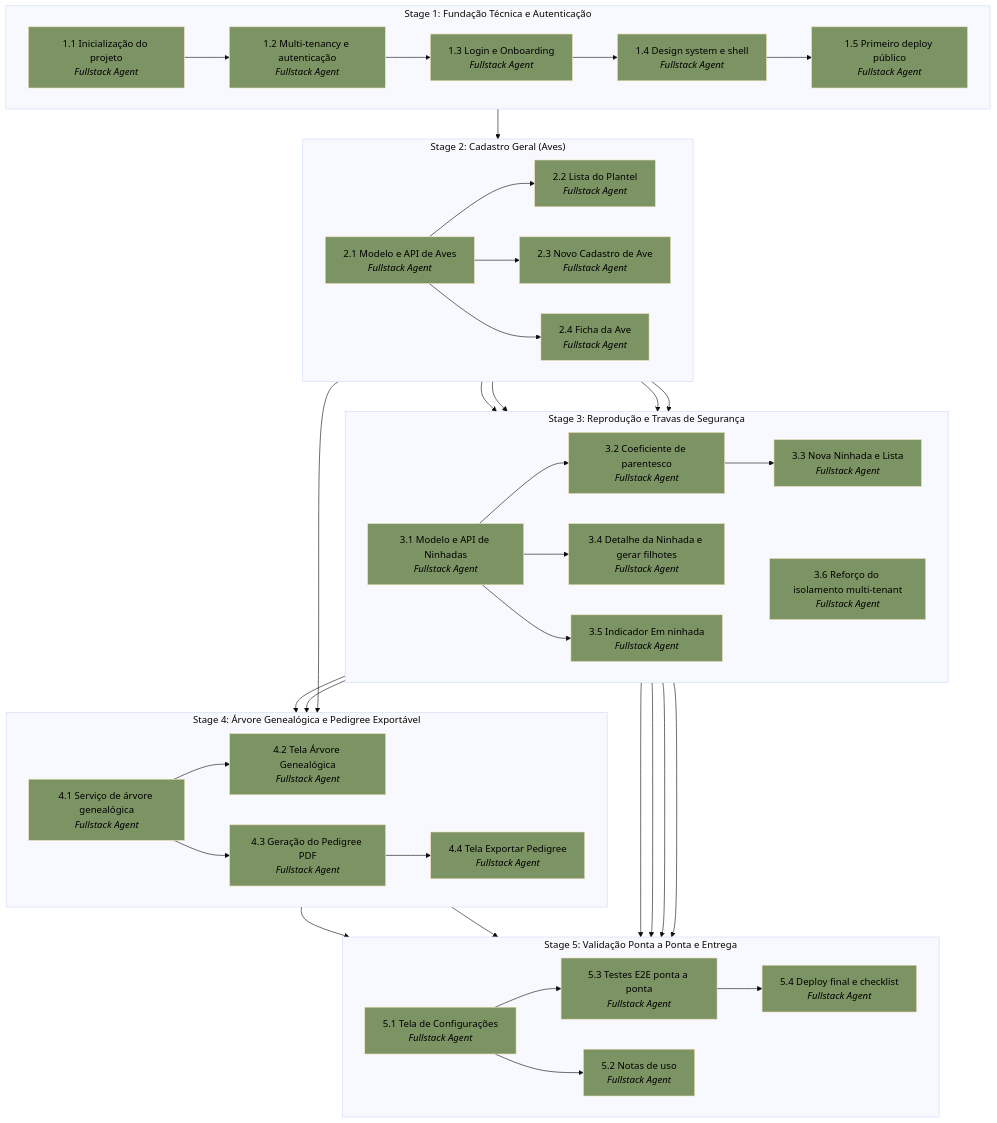
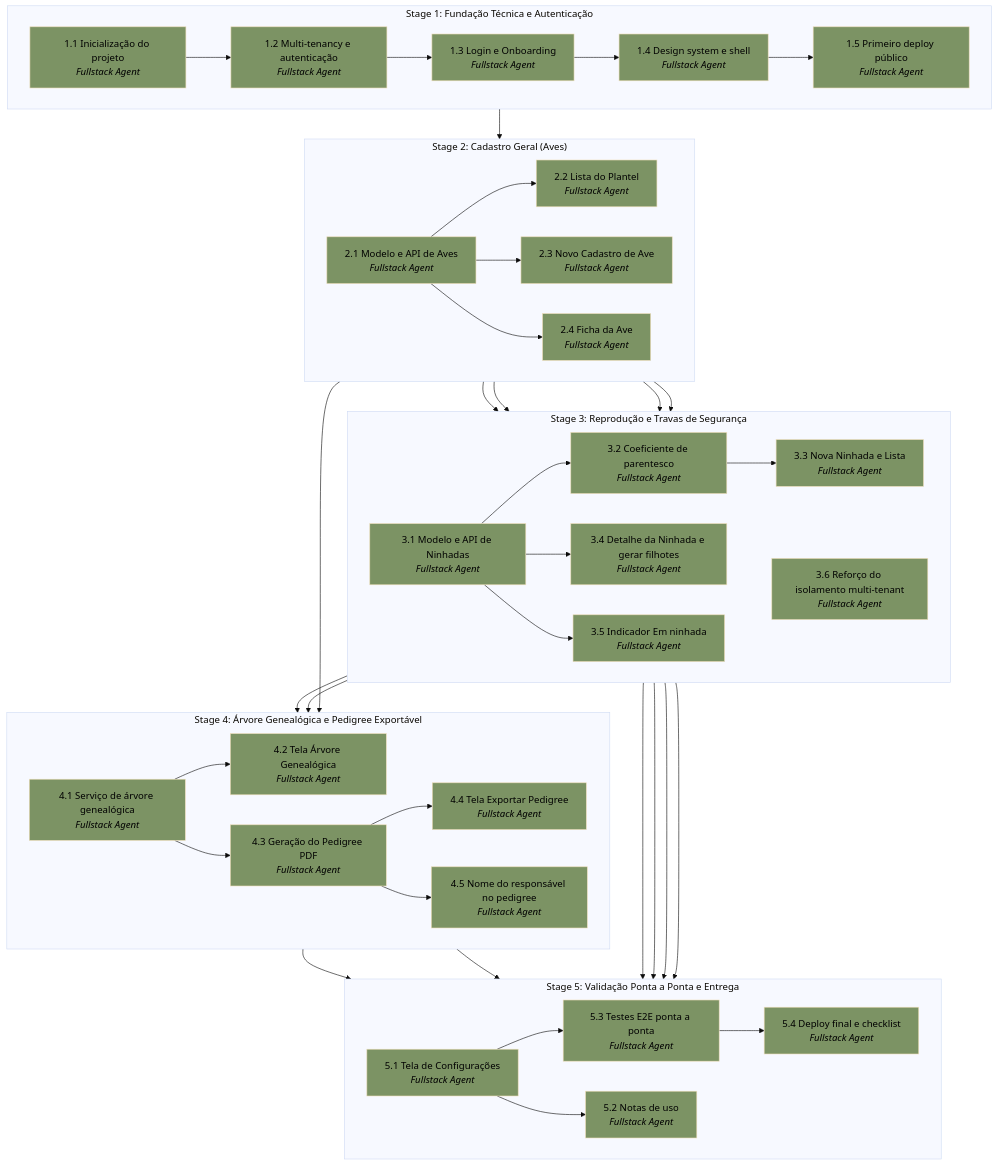
Before and after one commit to gersonvan/ninhal: the diagram in .apm/plan.md, drawn with Mermaid (base theme). The commit also changed other lines of this file and 2 other files, not shown here.

First line of the commit message:
docs: adicionar Task 4.5 para persistir nome do responsável no pedigree

````diff
--- a/.apm/plan.md
+++ b/.apm/plan.md
@@ -26,80 +26,82 @@
 ```mermaid
 graph TB
 
 subgraph S1["Stage 1: Fundação Técnica e Autenticação"]
   direction LR
   T1_1["1.1 Inicialização do projeto<br/><i>Fullstack Agent</i>"] --> T1_2["1.2 Multi-tenancy e autenticação<br/><i>Fullstack Agent</i>"]
   T1_2 --> T1_3["1.3 Login e Onboarding<br/><i>Fullstack Agent</i>"]
   T1_3 --> T1_4["1.4 Design system e shell<br/><i>Fullstack Agent</i>"]
   T1_4 --> T1_5["1.5 Primeiro deploy público<br/><i>Fullstack Agent</i>"]
 end
 
 subgraph S2["Stage 2: Cadastro Geral (Aves)"]
   direction LR
   T2_1["2.1 Modelo e API de Aves<br/><i>Fullstack Agent</i>"] --> T2_2["2.2 Lista do Plantel<br/><i>Fullstack Agent</i>"]
   T2_1 --> T2_3["2.3 Novo Cadastro de Ave<br/><i>Fullstack Agent</i>"]
   T2_1 --> T2_4["2.4 Ficha da Ave<br/><i>Fullstack Agent</i>"]
 end
 
 subgraph S3["Stage 3: Reprodução e Travas de Segurança"]
   direction LR
   T3_1["3.1 Modelo e API de Ninhadas<br/><i>Fullstack Agent</i>"] --> T3_2["3.2 Coeficiente de parentesco<br/><i>Fullstack Agent</i>"]
   T3_2 --> T3_3["3.3 Nova Ninhada e Lista<br/><i>Fullstack Agent</i>"]
   T3_1 --> T3_4["3.4 Detalhe da Ninhada e gerar filhotes<br/><i>Fullstack Agent</i>"]
   T3_1 --> T3_5["3.5 Indicador Em ninhada<br/><i>Fullstack Agent</i>"]
   T3_6["3.6 Reforço do isolamento multi-tenant<br/><i>Fullstack Agent</i>"]
 end
 
 subgraph S4["Stage 4: Árvore Genealógica e Pedigree Exportável"]
   direction LR
   T4_1["4.1 Serviço de árvore genealógica<br/><i>Fullstack Agent</i>"] --> T4_2["4.2 Tela Árvore Genealógica<br/><i>Fullstack Agent</i>"]
   T4_1 --> T4_3["4.3 Geração do Pedigree PDF<br/><i>Fullstack Agent</i>"]
   T4_3 --> T4_4["4.4 Tela Exportar Pedigree<br/><i>Fullstack Agent</i>"]
+  T4_3 --> T4_5["4.5 Nome do responsável no pedigree<br/><i>Fullstack Agent</i>"]
 end
 
 subgraph S5["Stage 5: Validação Ponta a Ponta e Entrega"]
   direction LR
   T5_1["5.1 Tela de Configurações<br/><i>Fullstack Agent</i>"] --> T5_3["5.3 Testes E2E ponta a ponta<br/><i>Fullstack Agent</i>"]
   T5_3 --> T5_4["5.4 Deploy final e checklist<br/><i>Fullstack Agent</i>"]
   T5_1 --> T5_2["5.2 Notas de uso<br/><i>Fullstack Agent</i>"]
 end
 
 T1_5 --> T2_1
 T2_1 --> T3_1
 T2_3 --> T3_4
 T2_2 --> T3_5
 T2_4 --> T3_5
 T2_1 --> T4_1
 T3_1 --> T4_2
 T3_2 --> T4_2
 T3_1 --> T5_1
 T3_2 --> T5_1
 T4_4 --> T5_2
 T3_5 --> T5_2
 T4_4 --> T5_3
 T3_5 --> T5_3
 
 style T1_1 fill:#7C9364,color:#000
 style T1_2 fill:#7C9364,color:#000
 style T1_3 fill:#7C9364,color:#000
 style T1_4 fill:#7C9364,color:#000
 style T1_5 fill:#7C9364,color:#000
 style T2_1 fill:#7C9364,color:#000
 style T2_2 fill:#7C9364,color:#000
 style T2_3 fill:#7C9364,color:#000
 style T2_4 fill:#7C9364,color:#000
 style T3_1 fill:#7C9364,color:#000
 style T3_2 fill:#7C9364,color:#000
 style T3_3 fill:#7C9364,color:#000
 style T3_4 fill:#7C9364,color:#000
 style T3_5 fill:#7C9364,color:#000
 style T3_6 fill:#7C9364,color:#000
 style T4_1 fill:#7C9364,color:#000
 style T4_2 fill:#7C9364,color:#000
 style T4_3 fill:#7C9364,color:#000
 style T4_4 fill:#7C9364,color:#000
+style T4_5 fill:#7C9364,color:#000
 style T5_1 fill:#7C9364,color:#000
 style T5_2 fill:#7C9364,color:#000
 style T5_3 fill:#7C9364,color:#000
 style T5_4 fill:#7C9364,color:#000
 ```
````
